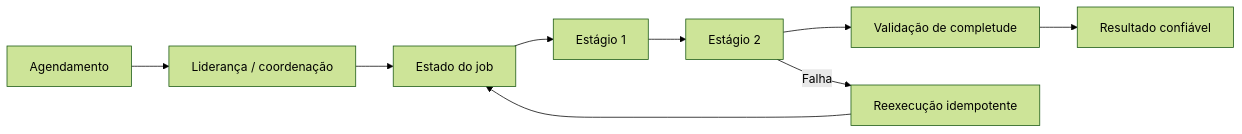
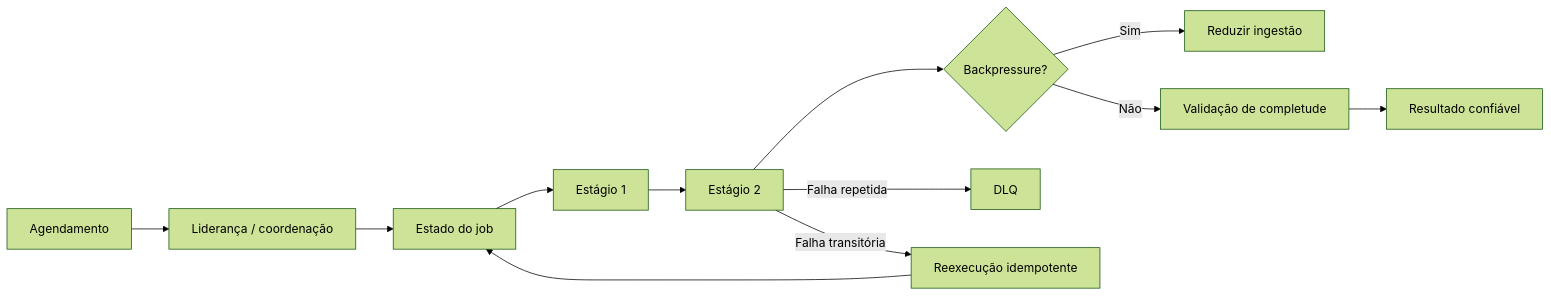
One commit to rafaelrezo/curso-engenharia-confiabilidade changed the diagram in docs/capitulos/capitulo-16.md. Above: the diagram before and after it, drawn with Mermaid (forest theme). The commit also changed other lines of this file and 31 other files, not shown here.

````diff
--- a/docs/capitulos/capitulo-16.md
+++ b/docs/capitulos/capitulo-16.md
@@ -115,11 +149,14 @@
 ```mermaid
 flowchart LR
     Schedule["Agendamento"] --> Leader["Liderança / coordenação"]
     Leader --> State["Estado do job"]
     State --> Stage1["Estágio 1"]
     Stage1 --> Stage2["Estágio 2"]
-    Stage2 --> Validate["Validação de completude"]
+    Stage2 --> Pressure{"Backpressure?"}
+    Pressure -->|Sim| Pause["Reduzir ingestão"]
+    Pressure -->|Não| Validate["Validação de completude"]
     Validate --> Done["Resultado confiável"]
-    Stage2 -->|Falha| Retry["Reexecução idempotente"]
+    Stage2 -->|Falha repetida| DLQ["DLQ"]
+    Stage2 -->|Falha transitória| Retry["Reexecução idempotente"]
     Retry --> State
 ```
````
